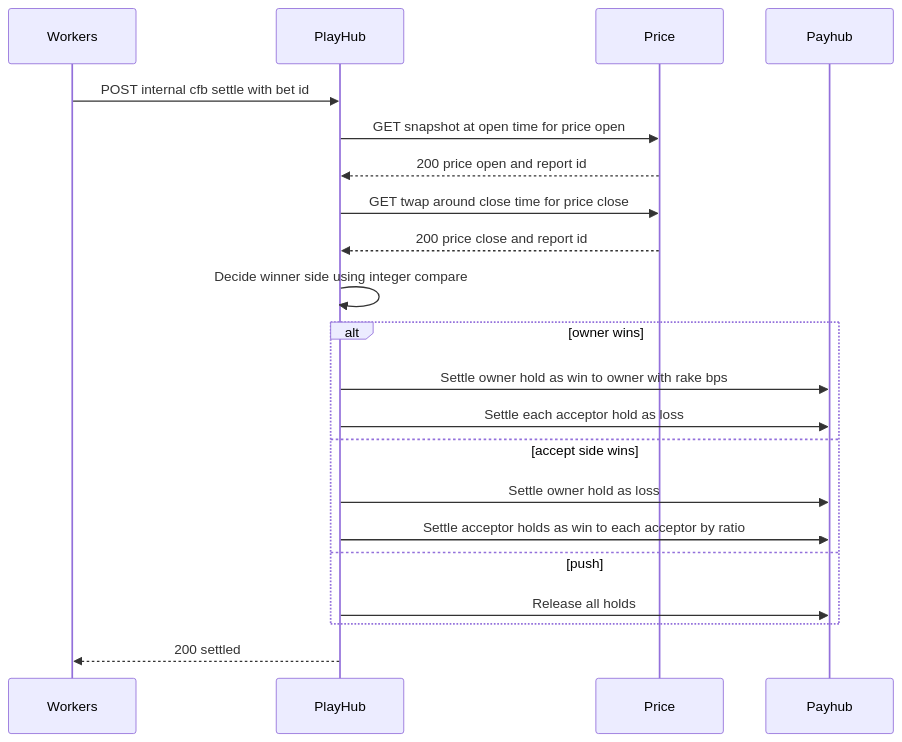
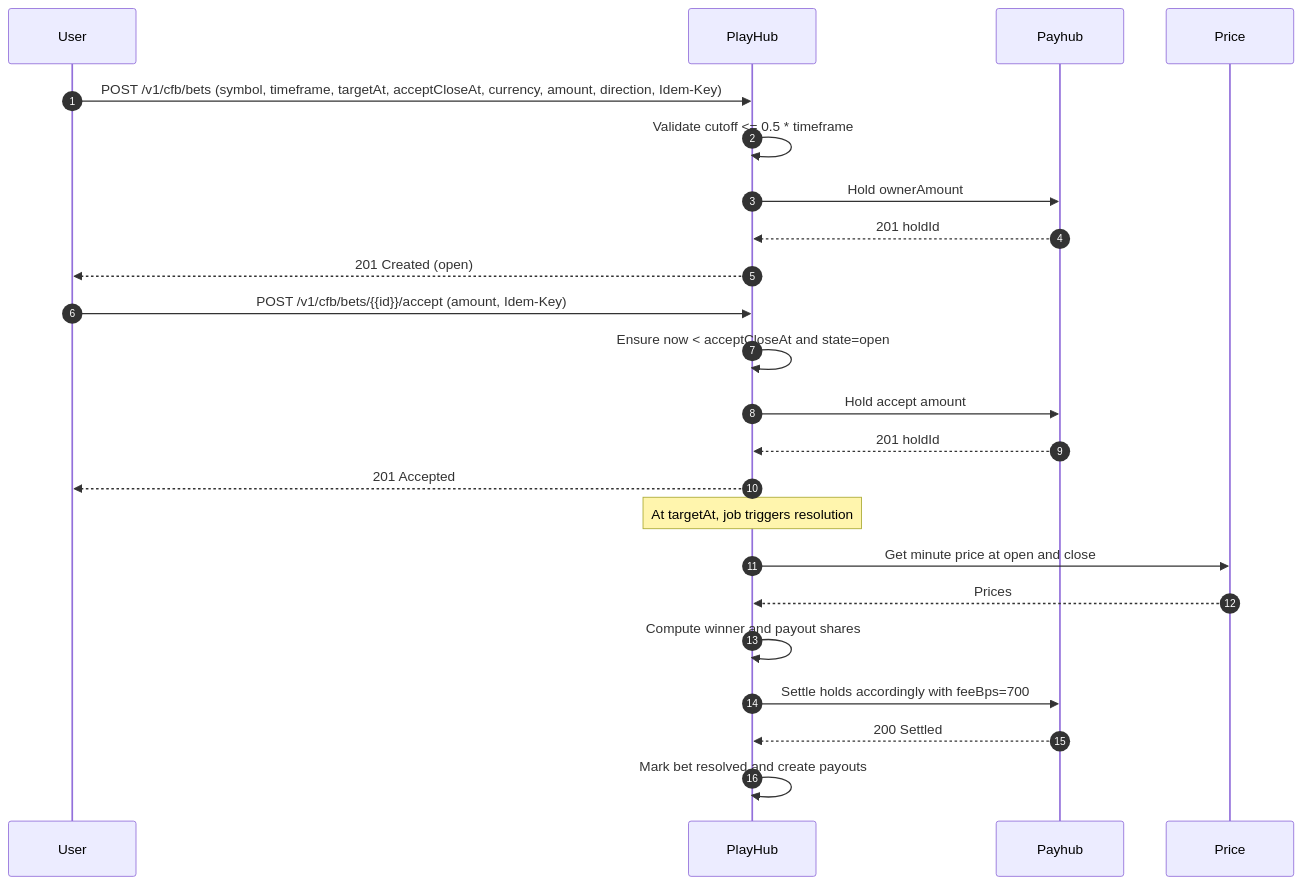
One commit to fuzeac/fuze-telegram-mini-app changed the fourth of 4 diagrams in miniapp-playhub-service.md. Above: the diagram before and after it, drawn with Mermaid. The commit also changed other lines of this file, not shown here.

````diff
--- a/miniapp-playhub-service.md
+++ b/miniapp-playhub-service.md
@@ -134,23 +135,28 @@
 ```mermaid
 sequenceDiagram
-participant WK as Workers
-participant PH as PlayHub
-participant PR as Price
-participant PAY as Payhub
-WK->>PH: POST internal cfb settle with bet id
-PH->>PR: GET snapshot at open time for price open
-PR-->>PH: 200 price open and report id
-PH->>PR: GET twap around close time for price close
-PR-->>PH: 200 price close and report id
-PH->>PH: Decide winner side using integer compare
-alt owner wins
-  PH->>PAY: Settle owner hold as win to owner with rake bps
-  PH->>PAY: Settle each acceptor hold as loss
-else accept side wins
-  PH->>PAY: Settle owner hold as loss
-  PH->>PAY: Settle acceptor holds as win to each acceptor by ratio
-else push
-  PH->>PAY: Release all holds
-end
-PH-->>WK: 200 settled
+  autonumber
+  participant U as User
+  participant PH as PlayHub
+  participant PY as Payhub
+  participant PR as Price
+
+  U->>PH: POST /v1/cfb/bets (symbol, timeframe, targetAt, acceptCloseAt, currency, amount, direction, Idem-Key)
+  PH->>PH: Validate cutoff <= 0.5 * timeframe
+  PH->>PY: Hold ownerAmount
+  PY-->>PH: 201 holdId
+  PH-->>U: 201 Created (open)
+
+  U->>PH: POST /v1/cfb/bets/{{id}}/accept (amount, Idem-Key)
+  PH->>PH: Ensure now < acceptCloseAt and state=open
+  PH->>PY: Hold accept amount
+  PY-->>PH: 201 holdId
+  PH-->>U: 201 Accepted
+
+  Note over PH: At targetAt, job triggers resolution
+  PH->>PR: Get minute price at open and close
+  PR-->>PH: Prices
+  PH->>PH: Compute winner and payout shares
+  PH->>PY: Settle holds accordingly with feeBps=700
+  PY-->>PH: 200 Settled
+  PH->>PH: Mark bet resolved and create payouts
 ```
````
